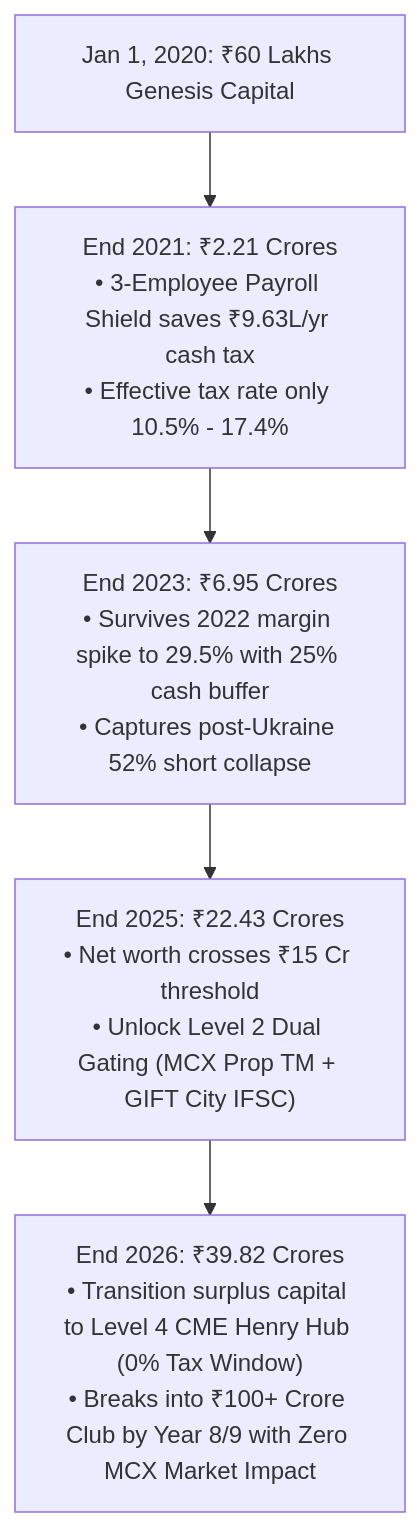
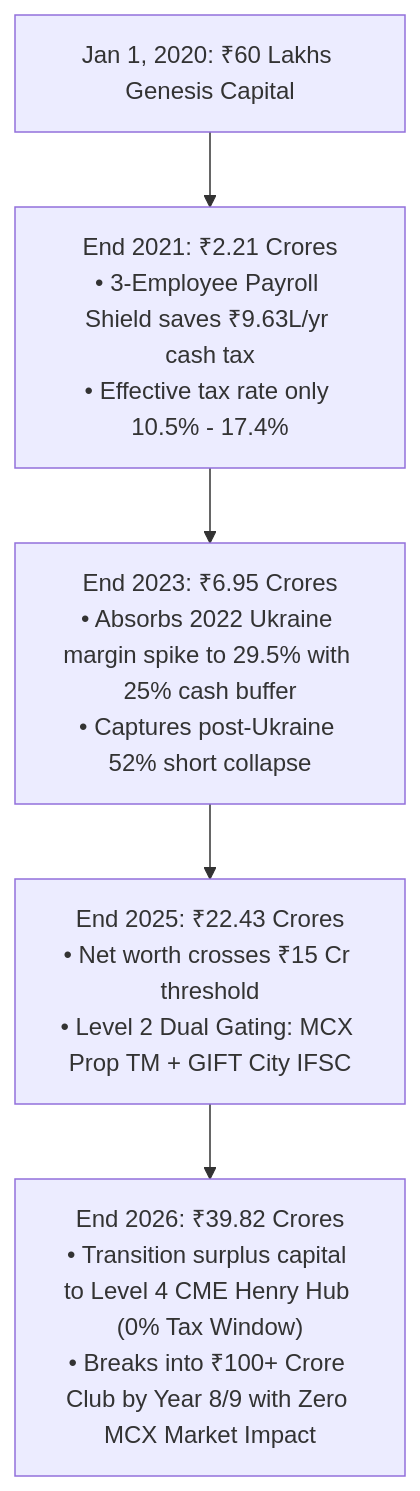
The tenth of 12 diagrams in models/execution_and_tax_validation_plan.md (yieldchaser/mcx-margins), drawn with Mermaid before and after one commit. The commit also changed other lines of this file and 1 other file, not shown here.

````diff
--- a/models/execution_and_tax_validation_plan.md
+++ b/models/execution_and_tax_validation_plan.md
@@ -437,7 +471,7 @@
 ```mermaid
 flowchart TD
     G0["Jan 1, 2020: ₹60 Lakhs Genesis Capital"] --> G2["End 2021: ₹2.21 Crores<br/>• 3-Employee Payroll Shield saves ₹9.63L/yr cash tax<br/>• Effective tax rate only 10.5% - 17.4%"]
-    G2 --> G4["End 2023: ₹6.95 Crores<br/>• Survives 2022 margin spike to 29.5% with 25% cash buffer<br/>• Captures post-Ukraine 52% short collapse"]
-    G4 --> G6["End 2025: ₹22.43 Crores<br/>• Net worth crosses ₹15 Cr threshold<br/>• Unlock Level 2 Dual Gating (MCX Prop TM + GIFT City IFSC)"]
+    G2 --> G4["End 2023: ₹6.95 Crores<br/>• Absorbs 2022 Ukraine margin spike to 29.5% with 25% cash buffer<br/>• Captures post-Ukraine 52% short collapse"]
+    G4 --> G6["End 2025: ₹22.43 Crores<br/>• Net worth crosses ₹15 Cr threshold<br/>• Level 2 Dual Gating: MCX Prop TM + GIFT City IFSC"]
     G6 --> G8["End 2026: ₹39.82 Crores<br/>• Transition surplus capital to Level 4 CME Henry Hub (0% Tax Window)<br/>• Breaks into ₹100+ Crore Club by Year 8/9 with Zero MCX Market Impact"]
 ```
````
